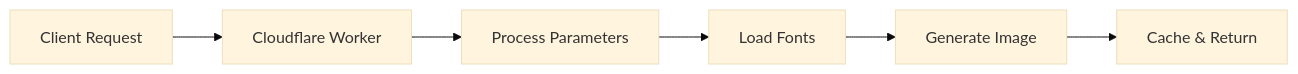
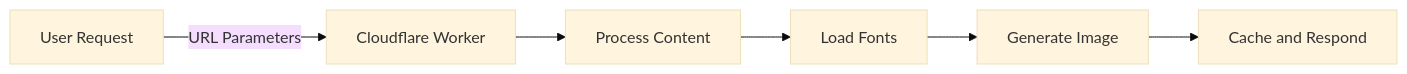
Before and after one commit to mohdlatif/cloudflare-docs: the diagram in src/content/docs/workers/tutorials/Generate Dynamic OG Images using Cloudflare Workers/index.mdx, drawn with Mermaid (base theme). The commit also changed other lines of this file, not shown here.

Commit message:
OG Image Generator 2nd version

````diff
--- a/src/content/docs/workers/tutorials/Generate Dynamic OG Images using Cloudflare Workers/index.mdx
+++ b/src/content/docs/workers/tutorials/Generate Dynamic OG Images using Cloudflare Workers/index.mdx
@@ -108,29 +56,11 @@
 ```mermaid
 
-  
+graph LR
+    A[User Request] -->|URL Parameters| B[Cloudflare Worker]
+    B --> C[Process Content]
+    C --> D[Load Fonts]
+    D --> E[Generate Image]
+    E --> F[Cache and Respond]
 
-graph LR
-
-  
-
-    A[Client Request] --> B[Cloudflare Worker]
-
-  
-
-    B --> C[Process Parameters]
-
-  
-
-    C --> D[Load Fonts]
-
-  
-
-    D --> E[Generate Image]
-
-  
-
-    E --> F[Cache & Return]
-
-  
 
 ```
````
